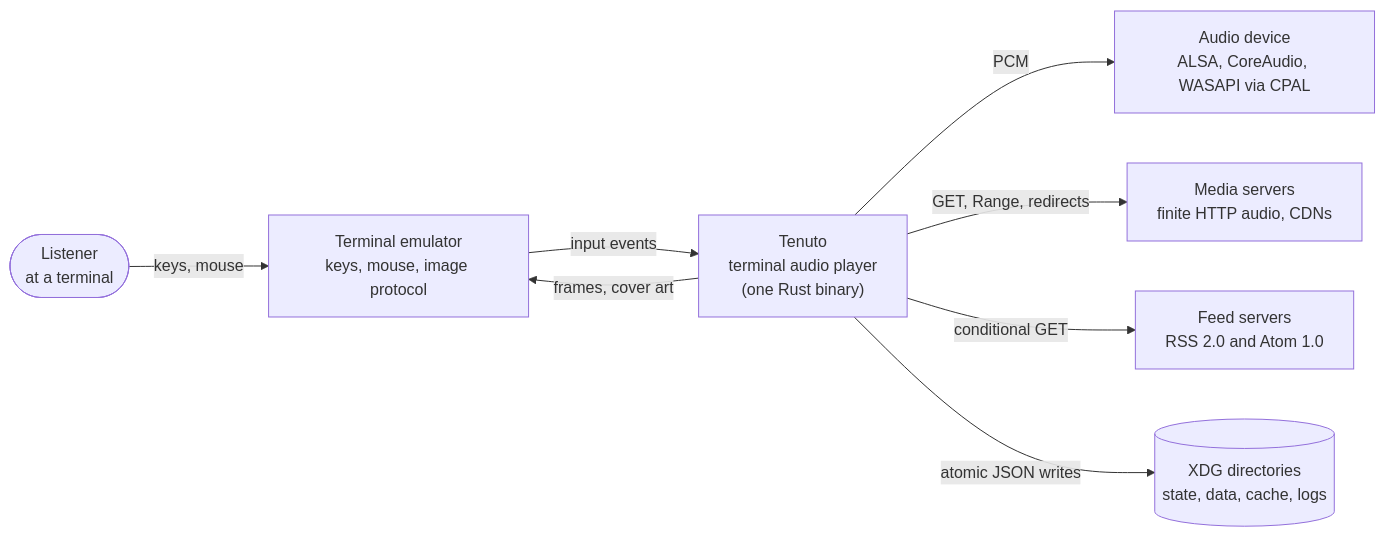
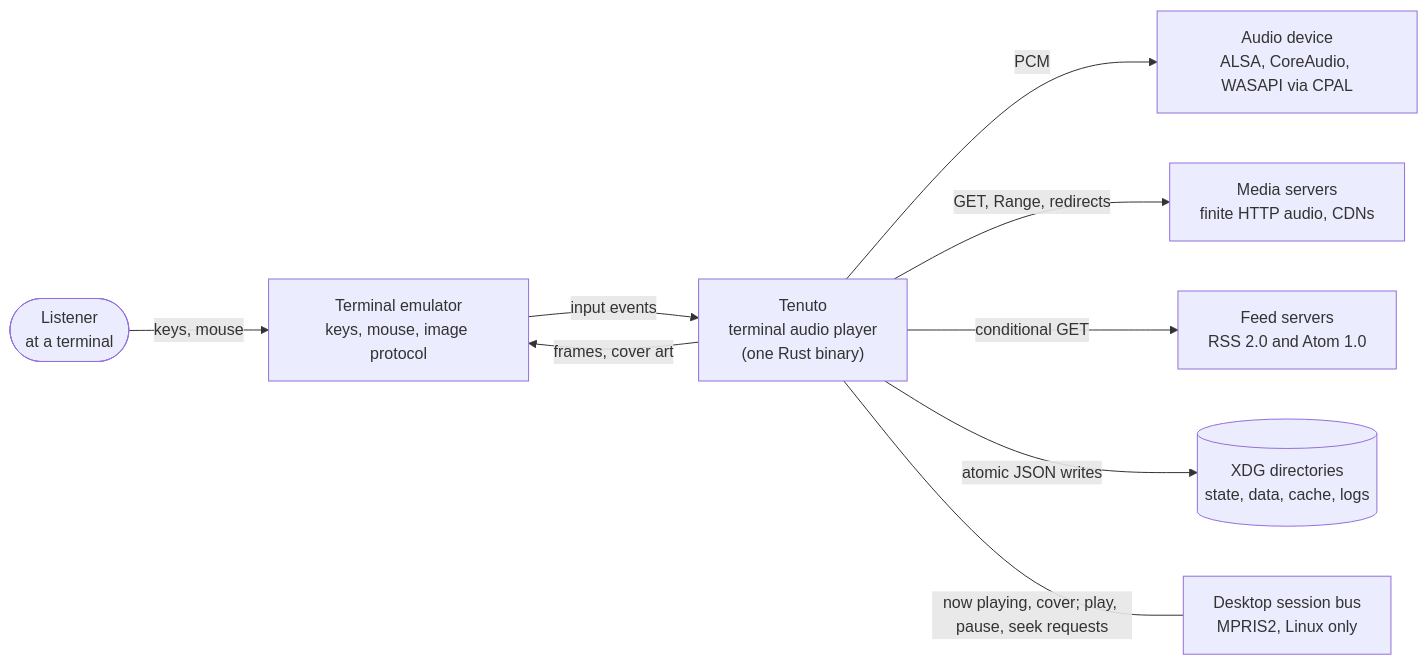
The first of 5 diagrams in docs/architecture.md (alvytsk/tenuto), drawn with Mermaid before and after one commit. The commit also changed other lines of this file and 4 other files, not shown here.

First line of the commit message:
chore: audit workflow can report; architecture doc covers M11; drop review-round tags (#53)

````diff
--- a/docs/architecture.md
+++ b/docs/architecture.md
@@ -41,18 +41,20 @@
 ```mermaid
 flowchart LR
     listener(["Listener<br/>at a terminal"])
     tenuto["Tenuto<br/>terminal audio player<br/>(one Rust binary)"]
     term["Terminal emulator<br/>keys, mouse, image protocol"]
     device["Audio device<br/>ALSA, CoreAudio, WASAPI via CPAL"]
     media["Media servers<br/>finite HTTP audio, CDNs"]
     feeds["Feed servers<br/>RSS 2.0 and Atom 1.0"]
     fs[("XDG directories<br/>state, data, cache, logs")]
+    bus["Desktop session bus<br/>MPRIS2, Linux only"]
 
     listener -- "keys, mouse" --> term
     term -- "input events" --> tenuto
     tenuto -- "frames, cover art" --> term
     tenuto -- "PCM" --> device
     tenuto -- "GET, Range, redirects" --> media
     tenuto -- "conditional GET" --> feeds
     tenuto -- "atomic JSON writes" --> fs
+    tenuto -- "now playing, cover; play, pause, seek requests" --- bus
 ```
````
